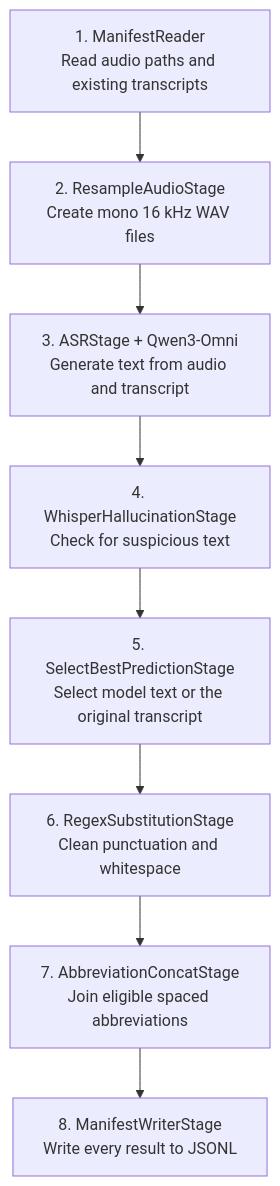
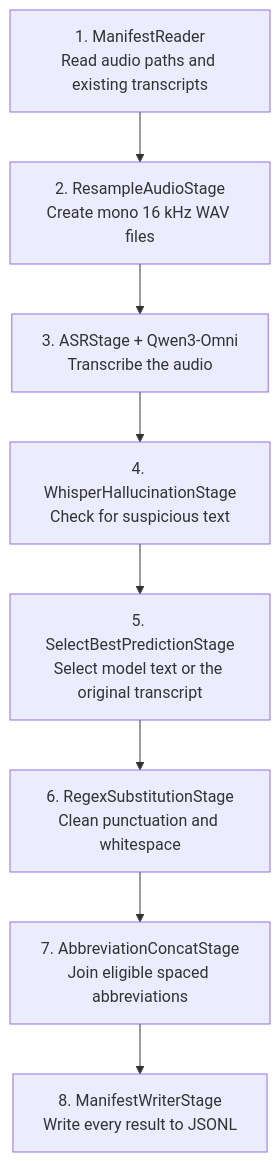
The diagram in tutorials/audio/qwen_omni_asr/README.md (NVIDIA-NeMo/Curator), drawn with Mermaid before and after one commit. The commit also changed other lines of this file and 11 other files, not shown here.

Commit message:
refactor(audio): remove transcript prompting from Qwen Omni

````diff
--- a/tutorials/audio/qwen_omni_asr/README.md
+++ b/tutorials/audio/qwen_omni_asr/README.md
@@ -8,12 +7,12 @@
 ```mermaid
 flowchart TD
     read["1. ManifestReader<br/>Read audio paths and existing transcripts"]
     resample["2. ResampleAudioStage<br/>Create mono 16 kHz WAV files"]
-    asr["3. ASRStage + Qwen3-Omni<br/>Generate text from audio and transcript"]
+    asr["3. ASRStage + Qwen3-Omni<br/>Transcribe the audio"]
     check["4. WhisperHallucinationStage<br/>Check for suspicious text"]
     select["5. SelectBestPredictionStage<br/>Select model text or the original transcript"]
     clean["6. RegexSubstitutionStage<br/>Clean punctuation and whitespace"]
     abbreviate["7. AbbreviationConcatStage<br/>Join eligible spaced abbreviations"]
     write["8. ManifestWriterStage<br/>Write every result to JSONL"]
     read --> resample --> asr --> check --> select --> clean --> abbreviate --> write
 ```
````
